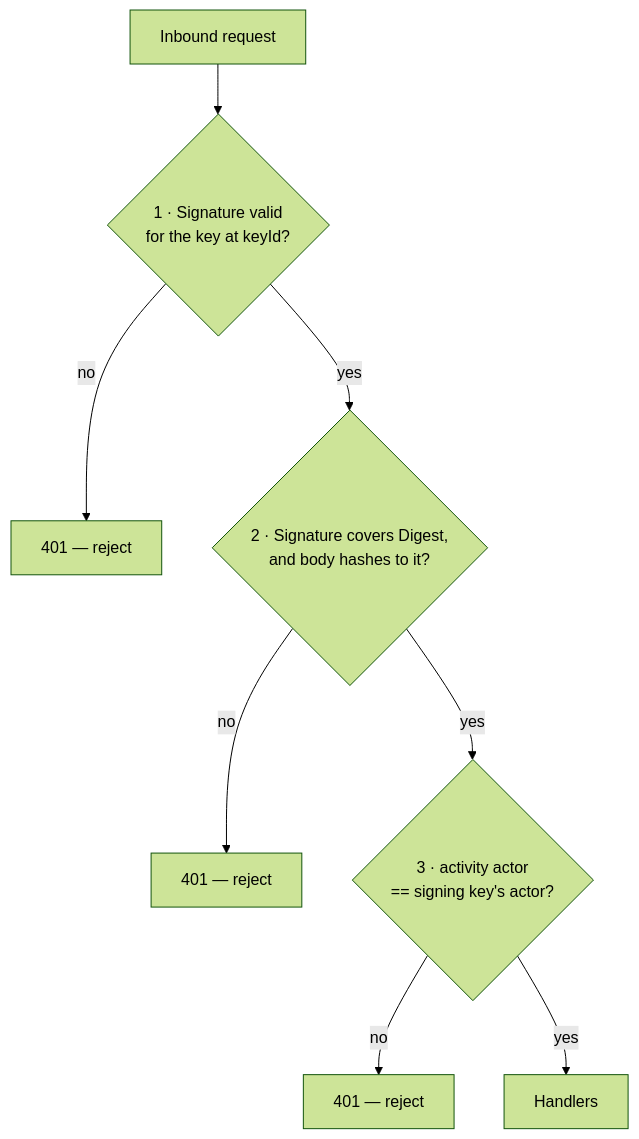
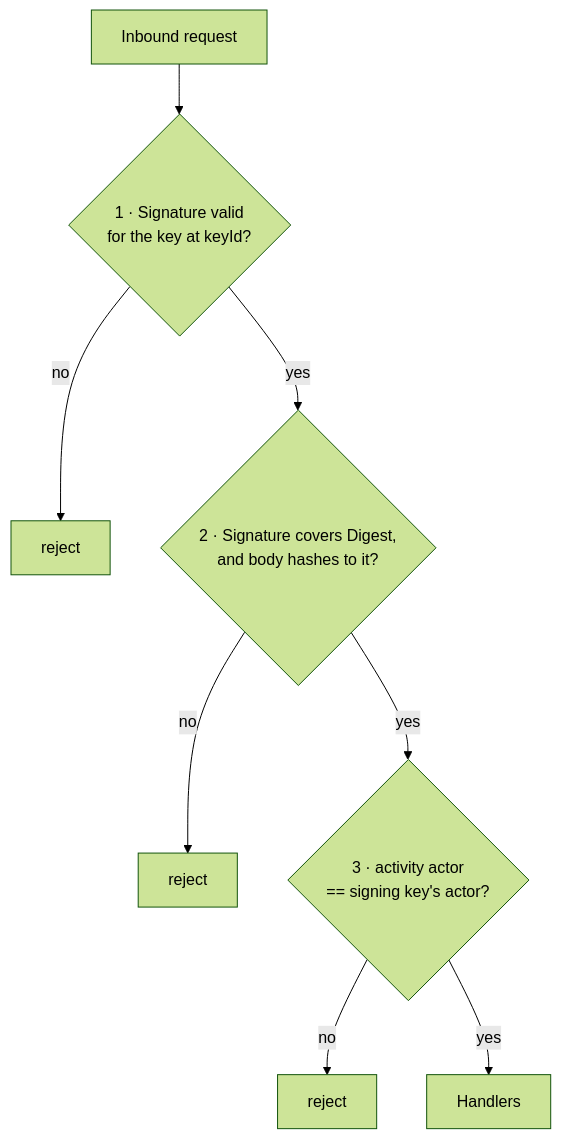
One commit to Pina-i/pinai changed the second of 3 diagrams in specs/06-federation-authentication.md. Above: the diagram before and after it, drawn with Mermaid (forest theme). The commit also changed other lines of this file and 2 other files, not shown here.

Commit message:
fix(config): trim environment values so a CRLF .env cannot poison actor_uri
A .env saved with CRLF endings leaves a trailing carriage return on every value
a shell sources, while Docker Compose strips it. The same file therefore yields
different values depending on how the process was started:

  bash source .env.bob     DOMAIN=localhost:8081\r
  docker compose env_file  DOMAIN=localhost:8081

make bob-seed runs on the host, so dev-inject-data wrote actor_uri with the
carriage return into the database, while the containerised server computed one
without it. get_actor resolves a user by recomputing that URI from issuer(), so
it 404s on its own actor. WebFinger still hands out the stored value; url::Url
strips the CR per WHATWG, and the peer then fetches a URL the origin no longer
recognises — surfacing at the far end as a 404 on a friend request.

Every env read now goes through env_var, which trims. Four tests cover it,
including that an issuer built from a CRLF domain carries no control characters.

Also corrects the inbound rejection statuses in the spec: 400 for a malformed
request, 403 for a failed check. It claimed 401 for both.

````diff
--- a/specs/06-federation-authentication.md
+++ b/specs/06-federation-authentication.md
@@ -96,10 +96,10 @@
 ```mermaid
 flowchart TD
   R["Inbound request"] --> S{"1 · Signature valid<br/>for the key at keyId?"}
-  S -->|no| X1["401 — reject"]
+  S -->|no| X1["reject"]
   S -->|yes| D{"2 · Signature covers Digest,<br/>and body hashes to it?"}
-  D -->|no| X2["401 — reject"]
+  D -->|no| X2["reject"]
   D -->|yes| A{"3 · activity actor<br/>== signing key's actor?"}
-  A -->|no| X3["401 — reject"]
+  A -->|no| X3["reject"]
   A -->|yes| H["Handlers"]
 ```
````
